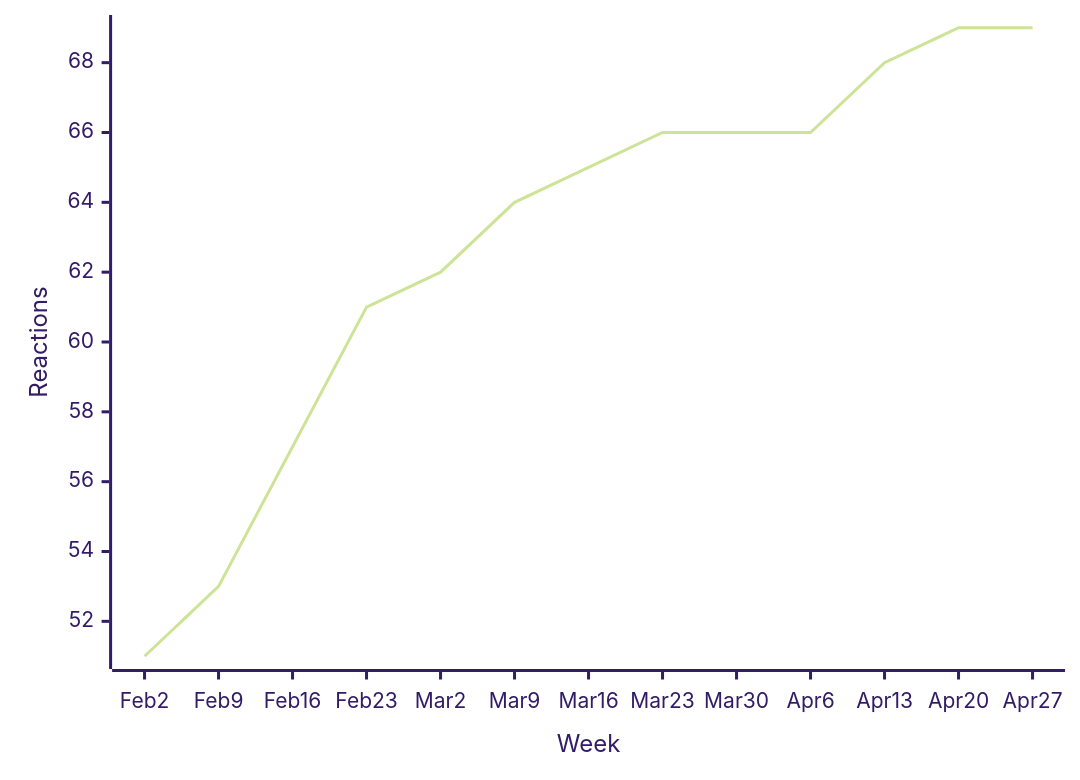
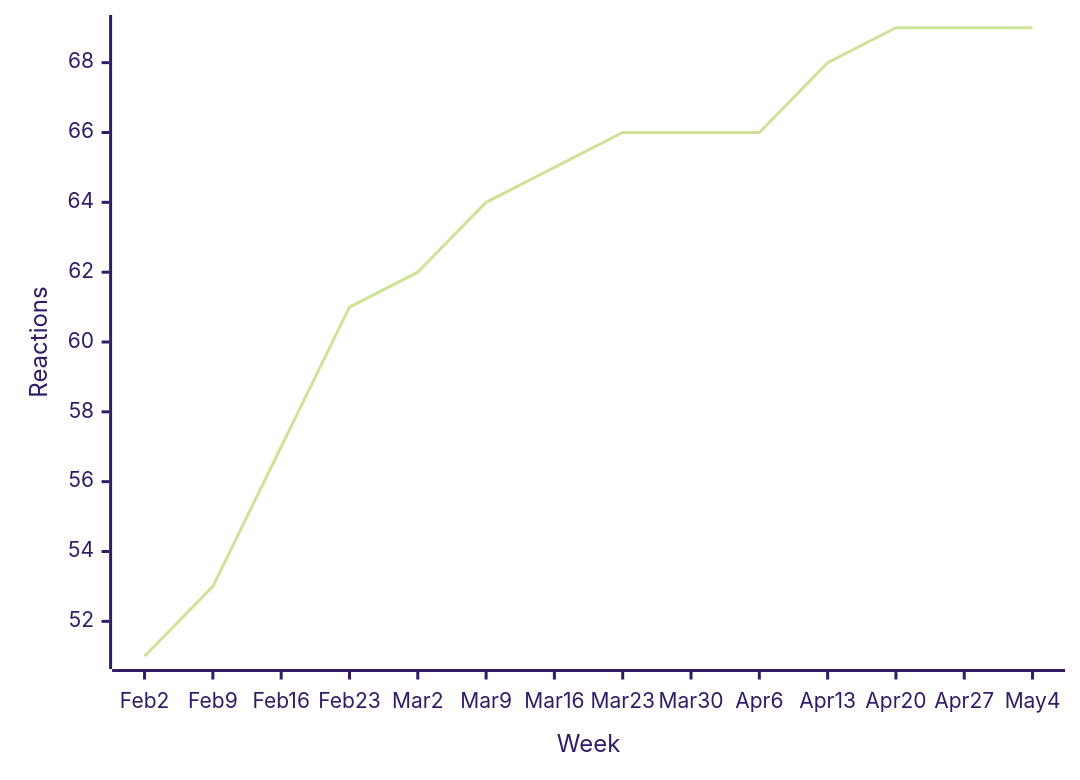
Before and after one commit to loic-sharma/github-insights: the ninth of 56 diagrams in README.md, drawn with Mermaid (forest theme). The commit also changed other lines of this file and 3 other files, not shown here.

````diff
--- a/README.md
+++ b/README.md
@@ -475,6 +475,6 @@
   ```mermaid
   xychart-beta
-    x-axis "Week" [Feb 2, Feb 9, Feb 16, Feb 23, Mar 2, Mar 9, Mar 16, Mar 23, Mar 30, Apr 6, Apr 13, Apr 20, Apr 27]
+    x-axis "Week" [Feb 2, Feb 9, Feb 16, Feb 23, Mar 2, Mar 9, Mar 16, Mar 23, Mar 30, Apr 6, Apr 13, Apr 20, Apr 27, May 4]
     y-axis "Reactions"
-    line [51, 53, 57, 61, 62, 64, 65, 66, 66, 66, 68, 69, 69]
+    line [51, 53, 57, 61, 62, 64, 65, 66, 66, 66, 68, 69, 69, 69]
   ```
````
